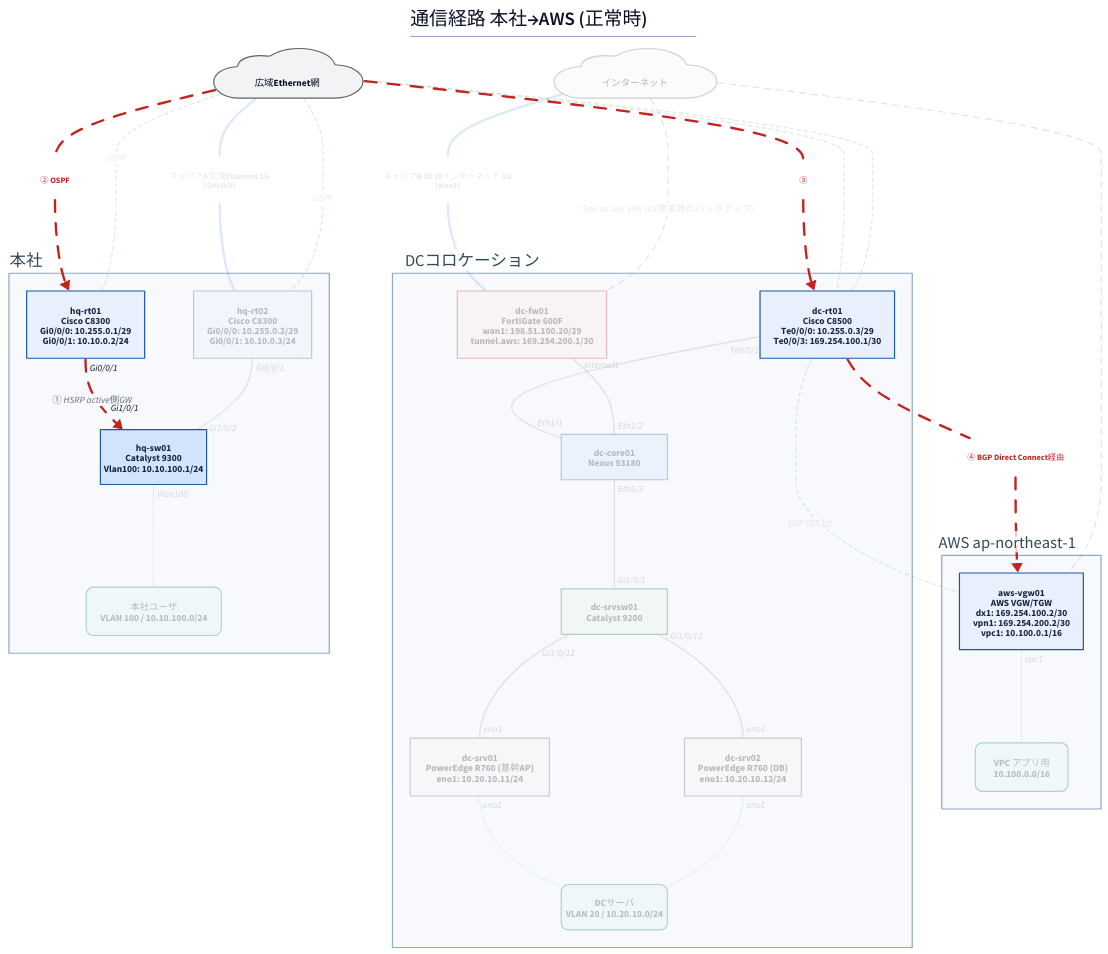
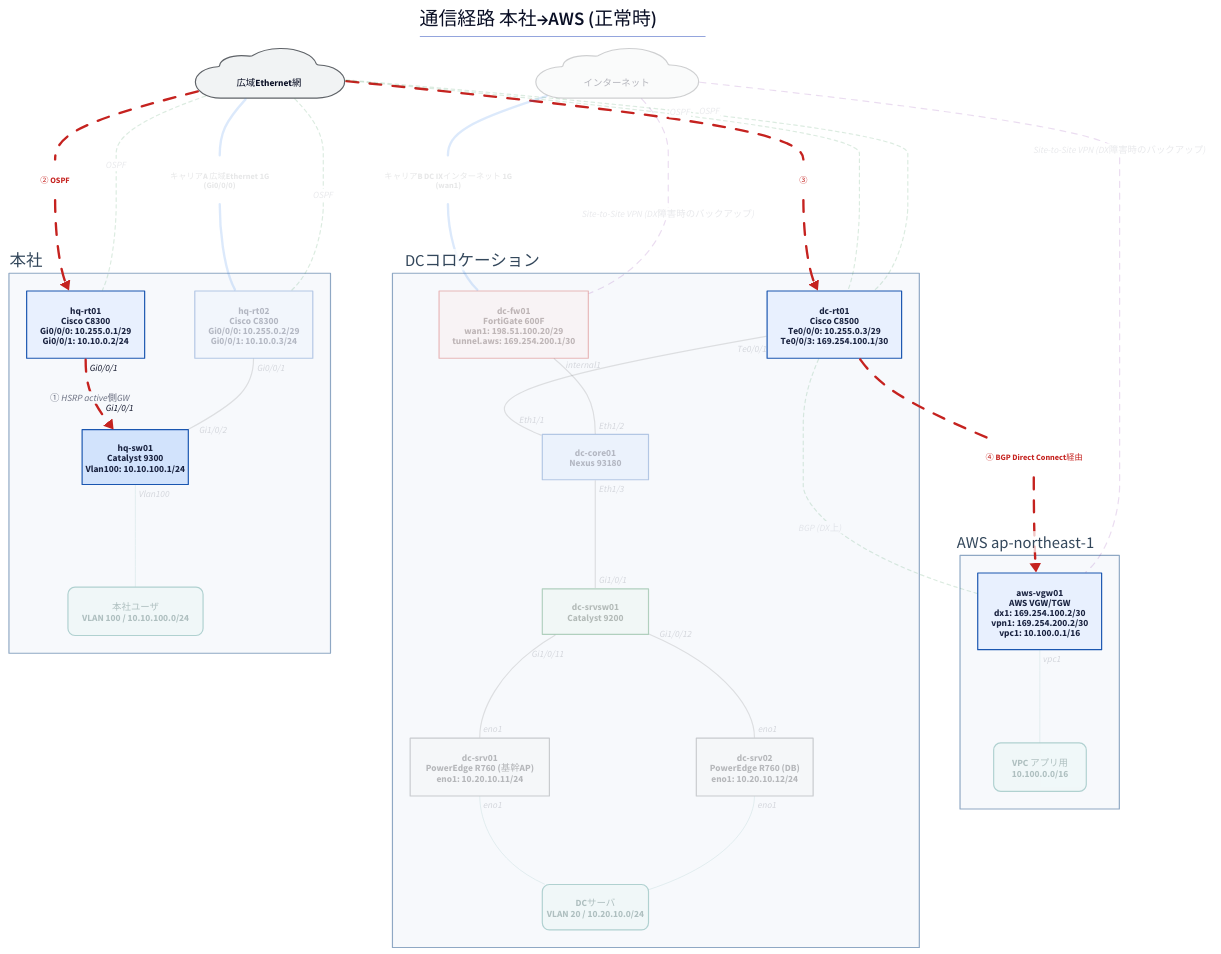
One commit to thinas1115/nwdsl changed the diagram in examples/hq-dc-cloud/generated/path-normal.d2. Above: the diagram before and after it, drawn with D2. The commit also changed 53 other files, not shown here.

First line of the commit message:
論理図で本社だけ配置がズレる問題を修正 (via分割エッジのラベル非対称)

```diff
--- a/examples/hq-dc-cloud/generated/path-normal.d2
+++ b/examples/hq-dc-cloud/generated/path-normal.d2
@@ -1,88 +1,88 @@
 title: |md
   # 通信経路 本社→AWS (正常時)
 | {near: top-center}
 direction: down
 
 classes: {
   role-router: {style.fill: "#e8f0fe"; style.stroke: "#1a56b0"; style.font-color: "#1a2340"}
   role-l3switch: {style.fill: "#d2e3fc"; style.stroke: "#1a56b0"; style.font-color: "#1a2340"}
   role-l2switch: {style.fill: "#e6f4ea"; style.stroke: "#137333"; style.font-color: "#1a2e1f"}
   role-firewall: {style.fill: "#fce8e6"; style.stroke: "#c5221f"; style.font-color: "#3c1a19"}
   role-other: {style.fill: "#f1f3f4"; style.stroke: "#5f6368"; style.font-color: "#202124"}
   node-cloud: {shape: cloud; style.fill: "#f1f3f4"; style.stroke: "#5f6368"}
   node-site: {style.fill: "#fff8e1"; style.stroke: "#b58105"; style.font-color: "#4a3a08"}
   node-segment: {style.fill: "#e2f5f0"; style.stroke: "#0f766e"; style.font-color: "#0b3d38"; style.border-radius: 12}
   node-external: {style.fill: "#ffffff"; style.stroke: "#9aa0a6"; style.stroke-dash: 3}
   group-site: {style.fill: "#f7f9fc"; style.stroke: "#8fa8c4"; style.font-color: "#33475b"}
   edge-label: {style.fill: "transparent"; style.stroke: "transparent"; style.font-size: 14; style.font-color: "#5f6368"; style.italic: true}
   edge-lan-cable: {style.stroke: "#4a4a4a"; style.stroke-width: 2}
   edge-wan-circuit: {style.stroke: "#1a73e8"; style.stroke-width: 4}
   edge-tunnel: {style.stroke: "#7b1fa2"; style.stroke-width: 2; style.stroke-dash: 5}
   edge-logical: {style.stroke: "#188038"; style.stroke-width: 2; style.stroke-dash: 3}
   edge-segment: {style.stroke: "#0f766e"; style.stroke-width: 1}
 }
 
 s_hq: "本社" {
   class: group-site
   label.near: outside-top-left
   n_hq_rt01: "hq-rt01\nCisco C8300\nGi0/0/0: 10.255.0.1/29\nGi0/0/1: 10.10.0.2/24" {class: role-router}
   n_hq_sw01: "hq-sw01\nCatalyst 9300\nVlan100: 10.10.100.1/24" {class: role-l3switch; width: 180}
   n_hq_rt02: "hq-rt02\nCisco C8300\nGi0/0/0: 10.255.0.2/29\nGi0/0/1: 10.10.0.3/24" {class: role-router; style.opacity: 0.3}
   n_seg__hq_users: "本社ユーザ\nVLAN 100 / 10.10.100.0/24" {class: node-segment; style.opacity: 0.3}
 }
 
 s_dc: "DCコロケーション" {
   class: group-site
   label.near: outside-top-left
   n_dc_rt01: "dc-rt01\nCisco C8500\nTe0/0/0: 10.255.0.3/29\nTe0/0/3: 169.254.100.1/30" {class: role-router}
   n_dc_core01: "dc-core01\nNexus 93180" {class: role-l3switch; width: 180; style.opacity: 0.3}
   n_dc_fw01: "dc-fw01\nFortiGate 600F\nwan1: 198.51.100.20/29\ntunnel.aws: 169.254.200.1/30" {class: role-firewall; style.opacity: 0.3}
   n_dc_srvsw01: "dc-srvsw01\nCatalyst 9200" {class: role-l2switch; width: 180; style.opacity: 0.3}
   n_dc_srv01: "dc-srv01\nPowerEdge R760 (基幹AP)\neno1: 10.20.10.11/24" {class: role-other; style.opacity: 0.3}
   n_dc_srv02: "dc-srv02\nPowerEdge R760 (DB)\neno1: 10.20.10.12/24" {class: role-other; style.opacity: 0.3}
   n_seg__dc_servers: "DCサーバ\nVLAN 20 / 10.20.10.0/24" {class: node-segment; width: 180; style.opacity: 0.3}
 }
 
 s_aws: "AWS ap-northeast-1" {
   class: group-site
   label.near: outside-top-left
   n_aws_vgw01: "aws-vgw01\nAWS VGW/TGW\ndx1: 169.254.100.2/30\nvpn1: 169.254.200.2/30\nvpc1: 10.100.0.1/16" {class: role-router}
   n_seg__aws_vpc_app: "VPC アプリ用\n10.100.0.0/16" {class: node-segment; style.opacity: 0.3}
 }
 
 n_wide_ether: "　広域Ethernet網　" {class: node-cloud}
 n_internet: "　インターネット　" {class: node-cloud; style.opacity: 0.3}
 
 s_hq.n_hq_rt01 -> s_hq.n_hq_sw01: "① HSRP active側GW" {class: edge-lan-cable; source-arrowhead.label: "Gi0/0/1"; target-arrowhead.label: "Gi1/0/1"; style.stroke: "#c5221f"; style.stroke-width: 4; style.animated: true}
 s_hq.n_hq_rt02 -- s_hq.n_hq_sw01 {class: edge-lan-cable; source-arrowhead.label: "Gi0/0/1"; target-arrowhead.label: "Gi1/0/2"; style.opacity: 0.15}
 s_dc.n_dc_rt01 -- s_dc.n_dc_core01 {class: edge-lan-cable; source-arrowhead.label: "Te0/0/1"; target-arrowhead.label: "Eth1/1"; style.opacity: 0.15}
 s_dc.n_dc_fw01 -- s_dc.n_dc_core01 {class: edge-lan-cable; source-arrowhead.label: "internal1"; target-arrowhead.label: "Eth1/2"; style.opacity: 0.15}
 s_dc.n_dc_core01 -- s_dc.n_dc_srvsw01 {class: edge-lan-cable; source-arrowhead.label: "Eth1/3"; target-arrowhead.label: "Gi1/0/1"; style.opacity: 0.15}
 s_dc.n_dc_srvsw01 -- s_dc.n_dc_srv01 {class: edge-lan-cable; source-arrowhead.label: "Gi1/0/11"; target-arrowhead.label: "eno1"; style.opacity: 0.15}
 s_dc.n_dc_srvsw01 -- s_dc.n_dc_srv02 {class: edge-lan-cable; source-arrowhead.label: "Gi1/0/12"; target-arrowhead.label: "eno1"; style.opacity: 0.15}
 lbl_7: "② OSPF" {class: edge-label; style.font-color: "#c5221f"; style.bold: true}
 n_wide_ether -- lbl_7 {class: edge-wan-circuit; style.stroke: "#c5221f"; style.stroke-width: 4; style.animated: true}
 lbl_7 -> s_hq.n_hq_rt01 {class: edge-wan-circuit; style.stroke: "#c5221f"; style.stroke-width: 4; style.animated: true}
 lbl_8: "キャリアA 広域Ethernet 1G\n(Gi0/0/0)" {class: edge-label; style.opacity: 0.15}
 n_wide_ether -- lbl_8 {class: edge-wan-circuit; style.opacity: 0.15}
 lbl_8 -- s_hq.n_hq_rt02 {class: edge-wan-circuit; style.opacity: 0.15}
 lbl_9: "③" {class: edge-label; style.font-color: "#c5221f"; style.bold: true}
 n_wide_ether -- lbl_9 {class: edge-wan-circuit; style.stroke: "#c5221f"; style.stroke-width: 4; style.animated: true}
 lbl_9 -> s_dc.n_dc_rt01 {class: edge-wan-circuit; style.stroke: "#c5221f"; style.stroke-width: 4; style.animated: true}
 lbl_10: "④ BGP Direct Connect経由" {class: edge-label; style.font-color: "#c5221f"; style.bold: true}
 s_dc.n_dc_rt01 -- lbl_10 {class: edge-wan-circuit; style.stroke: "#c5221f"; style.stroke-width: 4; style.animated: true}
 lbl_10 -> s_aws.n_aws_vgw01 {class: edge-wan-circuit; style.stroke: "#c5221f"; style.stroke-width: 4; style.animated: true}
 lbl_11: "キャリアB DC IXインターネット 1G\n(wan1)" {class: edge-label; style.opacity: 0.15}
 n_internet -- lbl_11 {class: edge-wan-circuit; style.opacity: 0.15}
 lbl_11 -- s_dc.n_dc_fw01 {class: edge-wan-circuit; style.opacity: 0.15}
 n_internet -- s_dc.n_dc_fw01: "Site-to-Site VPN (DX障害時のバックアップ)" {class: edge-tunnel; style.opacity: 0.15}
-n_internet -- s_aws.n_aws_vgw01 {class: edge-tunnel; style.opacity: 0.15}
+n_internet -- s_aws.n_aws_vgw01: "Site-to-Site VPN (DX障害時のバックアップ)" {class: edge-tunnel; style.opacity: 0.15}
 n_wide_ether -- s_hq.n_hq_rt01: "OSPF" {class: edge-logical; style.opacity: 0.15}
-n_wide_ether -- s_dc.n_dc_rt01 {class: edge-logical; style.opacity: 0.15}
+n_wide_ether -- s_dc.n_dc_rt01: "OSPF" {class: edge-logical; style.opacity: 0.15}
 n_wide_ether -- s_hq.n_hq_rt02: "OSPF" {class: edge-logical; style.opacity: 0.15}
-n_wide_ether -- s_dc.n_dc_rt01 {class: edge-logical; style.opacity: 0.15}
+n_wide_ether -- s_dc.n_dc_rt01: "OSPF" {class: edge-logical; style.opacity: 0.15}
 s_dc.n_dc_rt01 -- s_aws.n_aws_vgw01: "BGP (DX上)" {class: edge-logical; style.opacity: 0.15}
 s_hq.n_hq_sw01 -- s_hq.n_seg__hq_users {class: edge-segment; source-arrowhead.label: "Vlan100"; style.opacity: 0.15}
 s_dc.n_dc_srv01 -- s_dc.n_seg__dc_servers {class: edge-segment; source-arrowhead.label: "eno1"; style.opacity: 0.15}
 s_dc.n_dc_srv02 -- s_dc.n_seg__dc_servers {class: edge-segment; source-arrowhead.label: "eno1"; style.opacity: 0.15}
 s_aws.n_aws_vgw01 -- s_aws.n_seg__aws_vpc_app {class: edge-segment; source-arrowhead.label: "vpc1"; style.opacity: 0.15}
```
